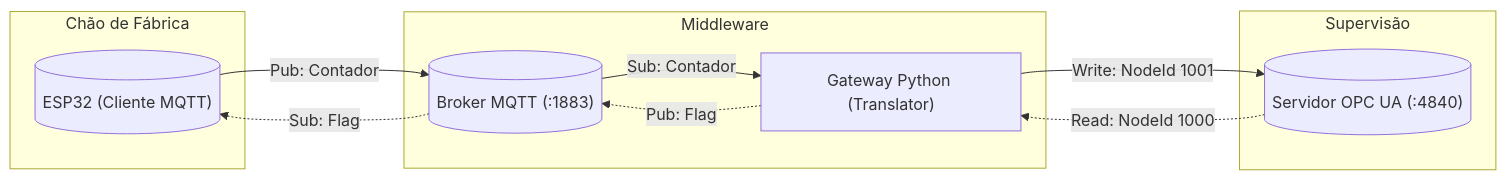
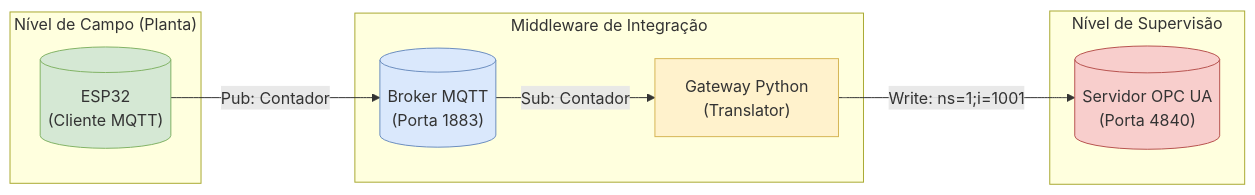
One commit to warleymsn/projeto_opcua changed the diagram in README.md. Above: the diagram before and after it, drawn with Mermaid. The commit also changed other lines of this file, not shown here.

First line of the commit message:
Update Python version and enhance project details

````diff
--- a/README.md
+++ b/README.md
@@ -39,24 +42,24 @@
 ```mermaid
 graph LR
-    subgraph "Chão de Fábrica"
-        ESP32[("ESP32 (Cliente MQTT)")]
+    subgraph "Nível de Campo (Planta)"
+        ESP32[("ESP32<br/>(Cliente MQTT)")]
+        style ESP32 fill:#d5e8d4,stroke:#82b366
     end
 
-    subgraph "Middleware"
-        Broker[("Broker MQTT (:1883)")]
-        Gateway["Gateway Python (Translator)"]
+    subgraph "Middleware de Integração"
+        Broker[("Broker MQTT<br/>(Porta 1883)")]
+        style Broker fill:#dae8fc,stroke:#6c8ebf
+        GW["Gateway Python<br/>(Translator)"]
+        style GW fill:#fff2cc,stroke:#d6b656
     end
 
-    subgraph "Supervisão"
-        OPC[("Servidor OPC UA (:4840)")]
+    subgraph "Nível de Supervisão"
+        OPC_Server[("Servidor OPC UA<br/>(Porta 4840)")]
+        style OPC_Server fill:#f8cecc,stroke:#b85450
     end
 
     ESP32 -->|"Pub: Contador"| Broker
-    Broker -->|"Sub: Contador"| Gateway
-    Gateway -->|"Write: NodeId 1001"| OPC
-
-    OPC -.->|"Read: NodeId 1000"| Gateway
-    Gateway -.->|"Pub: Flag"| Broker
-    Broker -.->|"Sub: Flag"| ESP32
+    Broker -->|"Sub: Contador"| GW
+    GW -->|"Write: ns=1;i=1001"| OPC_Server
 
 ```
````
